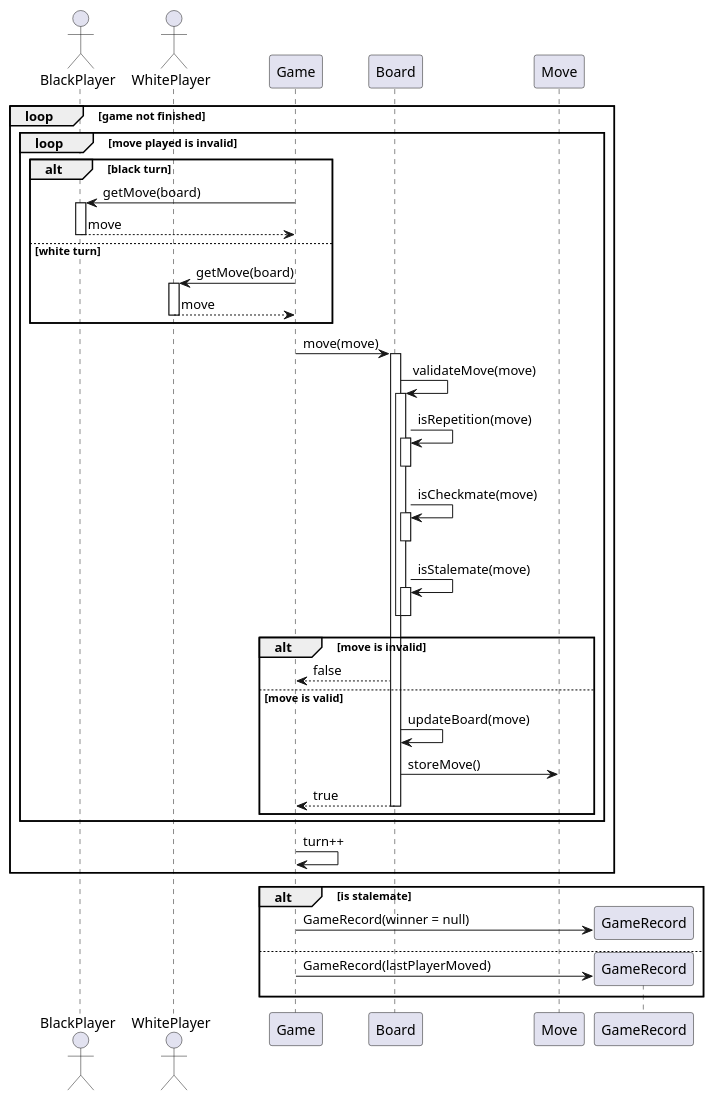
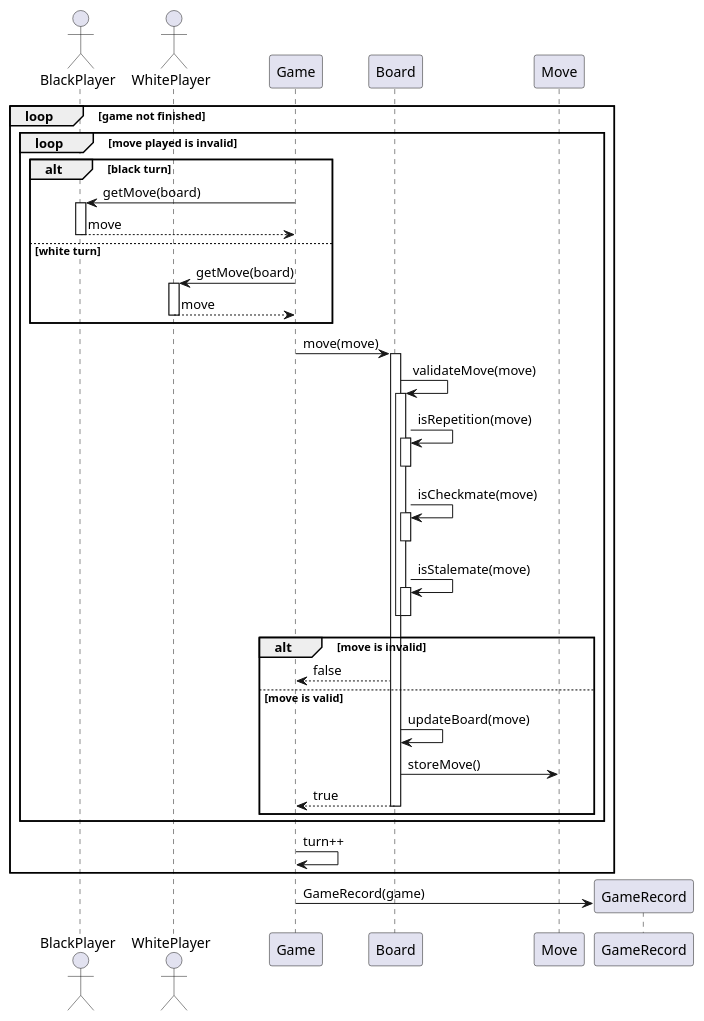
Before and after one commit to ECE493-W22-G04/rl-chess: the diagram in docs/preliminary_design_diagrams/sequence_diagrams/play_pvp.puml, drawn with PlantUML.

Commit message:
Simplify save

```diff
--- a/docs/preliminary_design_diagrams/sequence_diagrams/play_pvp.puml
+++ b/docs/preliminary_design_diagrams/sequence_diagrams/play_pvp.puml
@@ -1,53 +1,49 @@
 @startuml
 
 actor BlackPlayer
 actor WhitePlayer
 
 loop game not finished
     loop move played is invalid
         alt black turn
             Game -> BlackPlayer : getMove(board)
             activate BlackPlayer
             BlackPlayer --> Game : move
             deactivate BlackPlayer
         else white turn
             Game -> WhitePlayer : getMove(board)
             activate WhitePlayer
             WhitePlayer --> Game : move
             deactivate WhitePlayer
         end
         Game -> Board : move(move)
         activate Board
             Board -> Board : validateMove(move)
             activate Board
                 Board -> Board : isRepetition(move)
                     activate Board
                     deactivate Board
                 Board -> Board : isCheckmate(move)
                     activate Board
                     deactivate Board
                 Board -> Board : isStalemate(move)
                     activate Board
                     deactivate Board
             deactivate Board
 
             alt move is invalid
                 Board --> Game : false
             else move is valid
                 Board -> Board : updateBoard(move)
                 Board -> Move : storeMove()
                 Board --> Game : true
                 deactivate Board
             end
         deactivate Board
     end
 
     Game -> Game : turn++
 end
 
-alt is stalemate
-    Game -> GameRecord ** : GameRecord(winner = null)
-else
-    Game -> GameRecord ** : GameRecord(lastPlayerMoved)
-end
+Game -> GameRecord ** : GameRecord(game)
 @enduml
```
